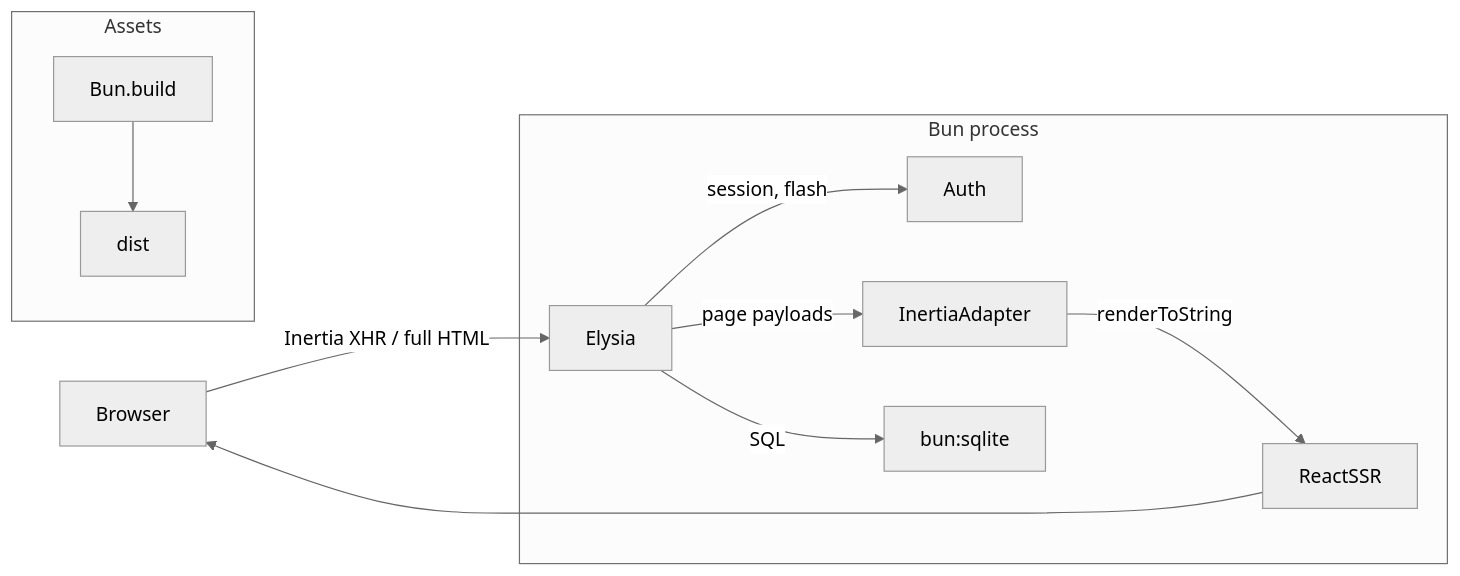
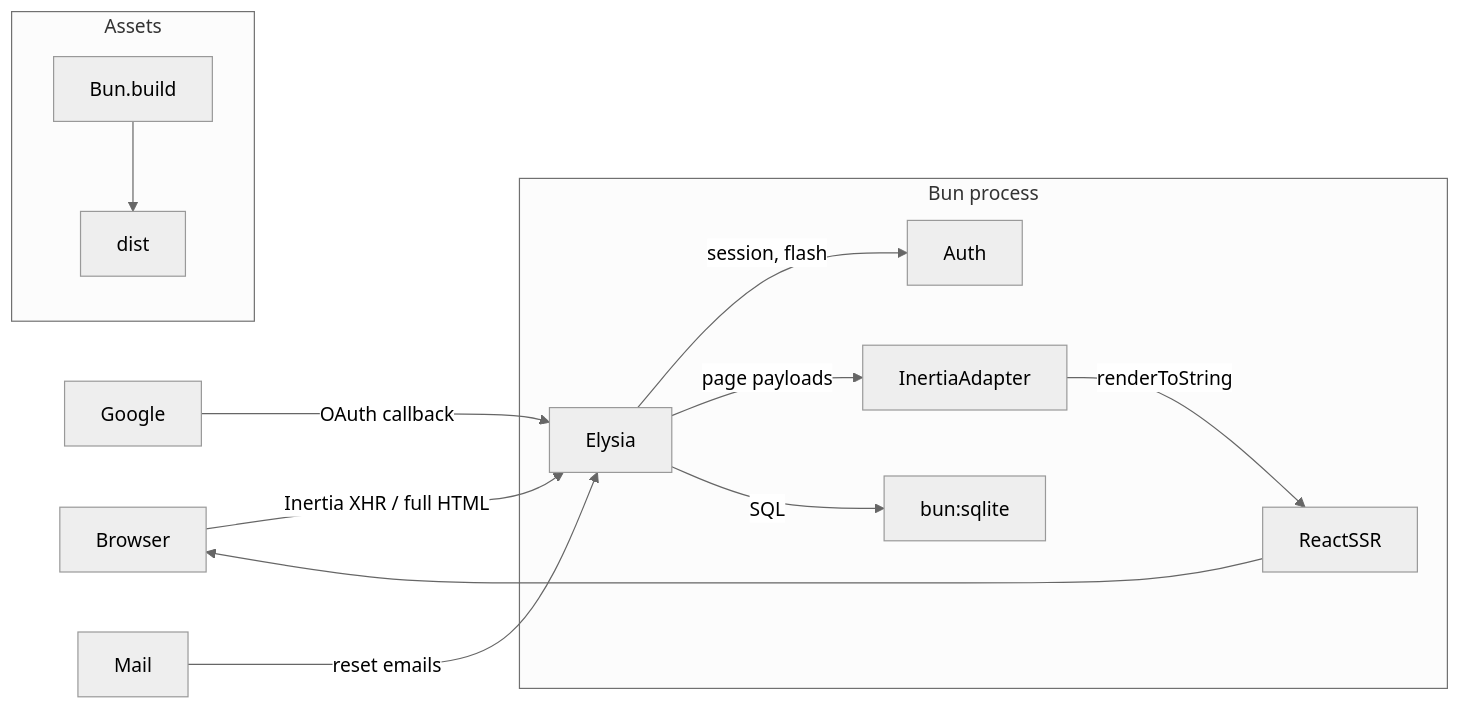
The diagram in README.md (maulanashalihin/dulak), drawn with Mermaid (neutral theme) before and after one commit. The commit also changed other lines of this file and 28 other files, not shown here.

First line of the commit message:
feat: production features — reset flow, Google OAuth, roles, rate limit, tests, docker

````diff
--- a/README.md
+++ b/README.md
@@ -8,14 +9,16 @@
 ```mermaid
 flowchart LR
   Browser -->|Inertia XHR / full HTML| Elysia
   subgraph Bun process
     Elysia -->|session, flash| Auth
     Elysia -->|page payloads| InertiaAdapter
     InertiaAdapter -->|renderToString| ReactSSR
     Elysia -->|SQL| bun:sqlite
   end
   ReactSSR --> Browser
+  Google -->|OAuth callback| Elysia
+  Mail -->|reset emails| Elysia
   subgraph Assets
     Bun.build --> dist
   end
 ```
````
